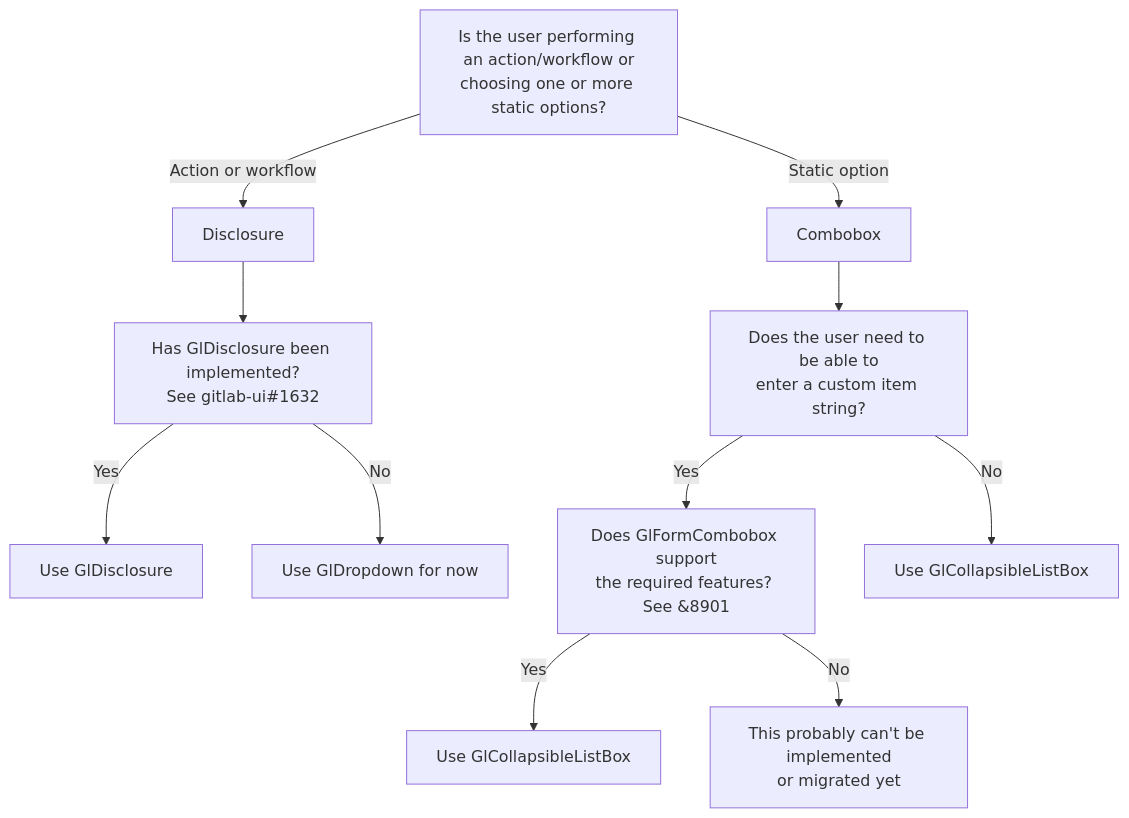
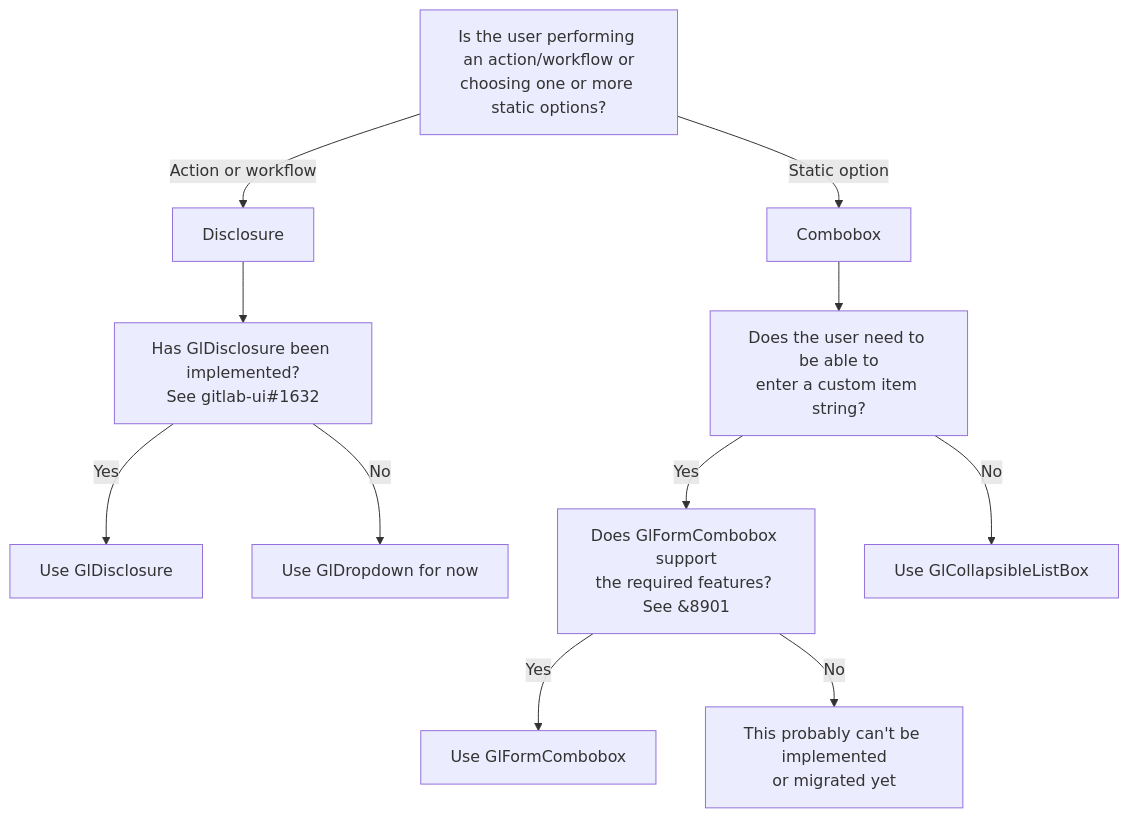
The diagram in contents/components/dropdown-overview.md (khulnasoft-lab/design.khulnasoft.com), drawn with Mermaid before and after one commit.

Commit message:
feat(Dropdown): Decision tree edit

````diff
--- a/contents/components/dropdown-overview.md
+++ b/contents/components/dropdown-overview.md
@@ -19,13 +19,13 @@
 ```mermaid
 graph TD;
   A[Is the user performing an action/workflow or<br>choosing one or more static options?] --> |Action or workflow|B[Disclosure];
   A --> |Static option|C[Combobox];
   B --> D[Has GlDisclosure been implemented?<br>See gitlab-ui#1632];
   D --> |Yes|F[Use GlDisclosure];
   D --> |No|G[Use GlDropdown for now];
   C --> E[Does the user need to be able to<br>enter a custom item string?];
   E --> |Yes|H[Does GlFormCombobox support<br>the required features? See &8901];
   E --> |No|I[Use GlCollapsibleListBox];
-  H --> |Yes|J[Use GlCollapsibleListBox];
+  H --> |Yes|J[Use GlFormCombobox];
   H --> |No|K[This probably can't be implemented<br>or migrated yet];
 ```
````
